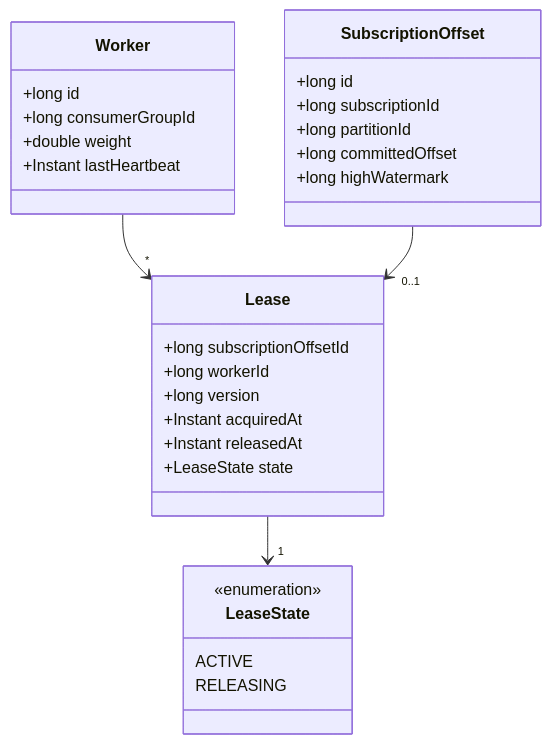
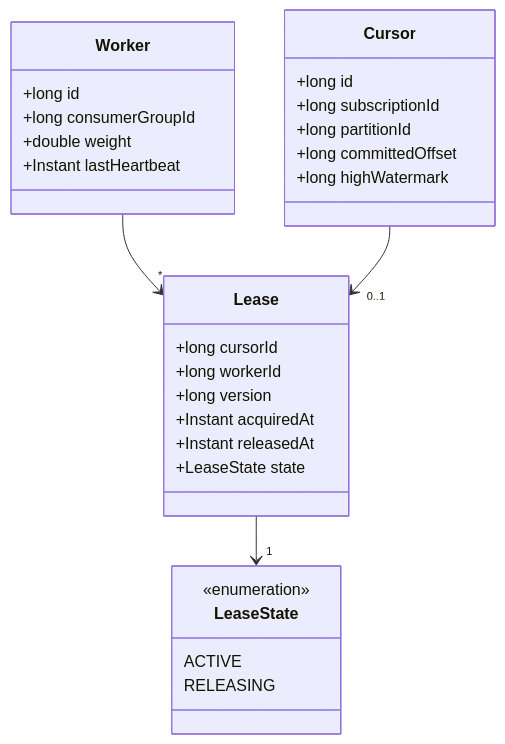
Before and after one commit to rbilleci/boxy: the second of 3 diagrams in README.md, drawn with Mermaid. The commit also changed other lines of this file and 24 other files, not shown here.

Commit message:
Rename SubscriptionOffset to Cursor

````diff
--- a/README.md
+++ b/README.md
@@ -112,32 +112,32 @@
 ```mermaid
 classDiagram
     class Worker {
         +long id
         +long consumerGroupId
         +double weight
         +Instant lastHeartbeat
     }
-    class SubscriptionOffset {
+    class Cursor {
         +long id
         +long subscriptionId
         +long partitionId
         +long committedOffset
         +long highWatermark
     }
     class Lease {
-        +long subscriptionOffsetId
+        +long cursorId
         +long workerId
         +long version
         +Instant acquiredAt
         +Instant releasedAt
         +LeaseState state
     }
     class LeaseState {
         <<enumeration>>
         ACTIVE
         RELEASING
     }
     Worker --> "*" Lease
-    SubscriptionOffset --> "0..1" Lease
+    Cursor --> "0..1" Lease
     Lease --> "1" LeaseState
 ```
````
